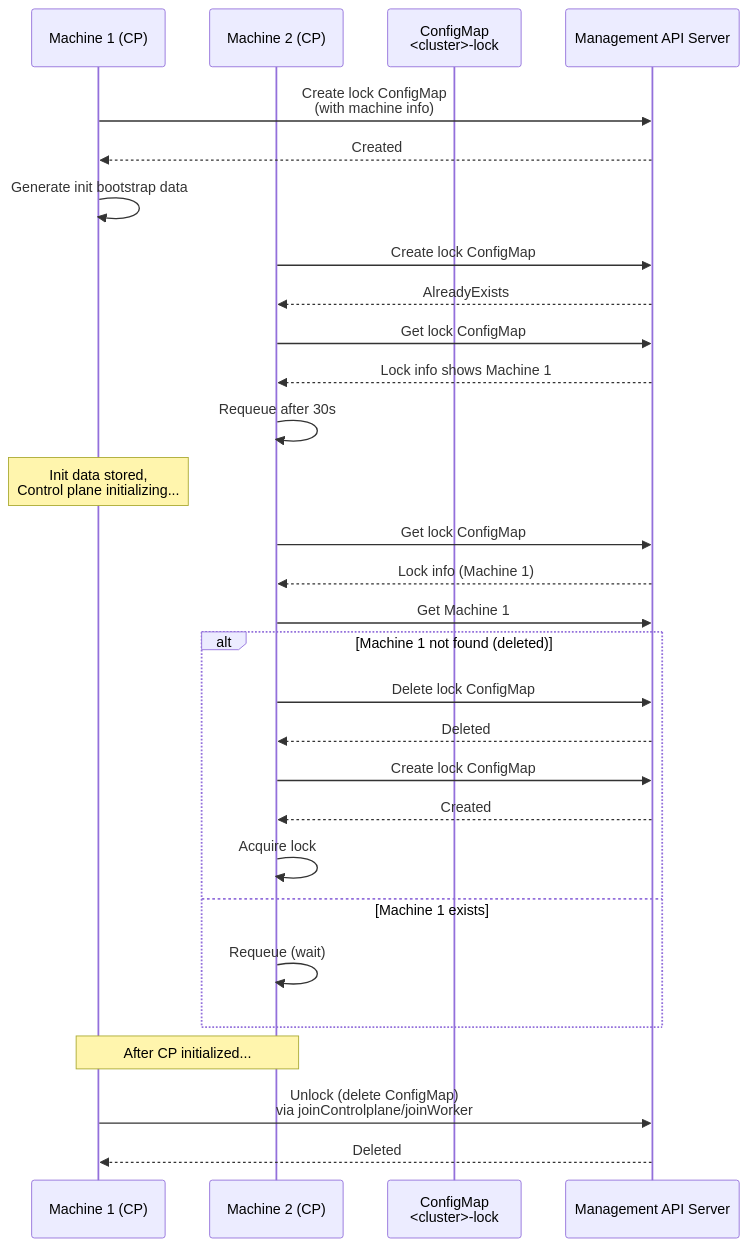
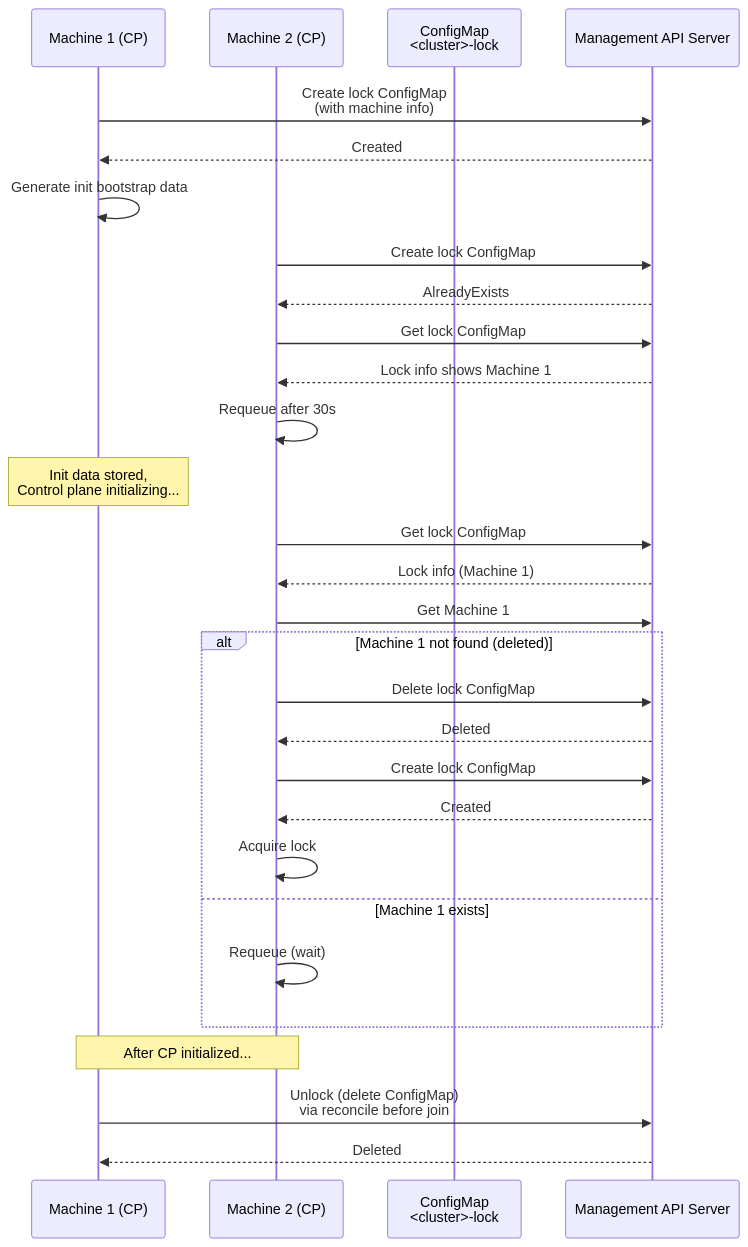
The third of 5 diagrams in ai-gen/bootstrap/kubeadmconfig-controller.md (seanyen/cluster-api), drawn with Mermaid before and after one commit. The commit also changed other lines of this file and 6 other files, not shown here.

````diff
--- a/ai-gen/bootstrap/kubeadmconfig-controller.md
+++ b/ai-gen/bootstrap/kubeadmconfig-controller.md
@@ -273,36 +287,36 @@
 ```mermaid
 sequenceDiagram
     participant M1 as Machine 1 (CP)
     participant M2 as Machine 2 (CP)
     participant CM as ConfigMap<br/><cluster>-lock
     participant API as Management API Server
     
     M1->>API: Create lock ConfigMap<br/>(with machine info)
     API-->>M1: Created
     M1->>M1: Generate init bootstrap data
     
     M2->>API: Create lock ConfigMap
     API-->>M2: AlreadyExists
     M2->>API: Get lock ConfigMap
     API-->>M2: Lock info shows Machine 1
     M2->>M2: Requeue after 30s
     
     Note over M1: Init data stored,<br/>Control plane initializing...
     
     M2->>API: Get lock ConfigMap
     API-->>M2: Lock info (Machine 1)
     M2->>API: Get Machine 1
     alt Machine 1 not found (deleted)
         M2->>API: Delete lock ConfigMap
         API-->>M2: Deleted
         M2->>API: Create lock ConfigMap
         API-->>M2: Created
         M2->>M2: Acquire lock
     else Machine 1 exists
         M2->>M2: Requeue (wait)
     end
     
     Note over M1,M2: After CP initialized...
-    M1->>API: Unlock (delete ConfigMap)<br/>via joinControlplane/joinWorker
+    M1->>API: Unlock (delete ConfigMap)<br/>via reconcile before join
     API-->>M1: Deleted
 ```
````
